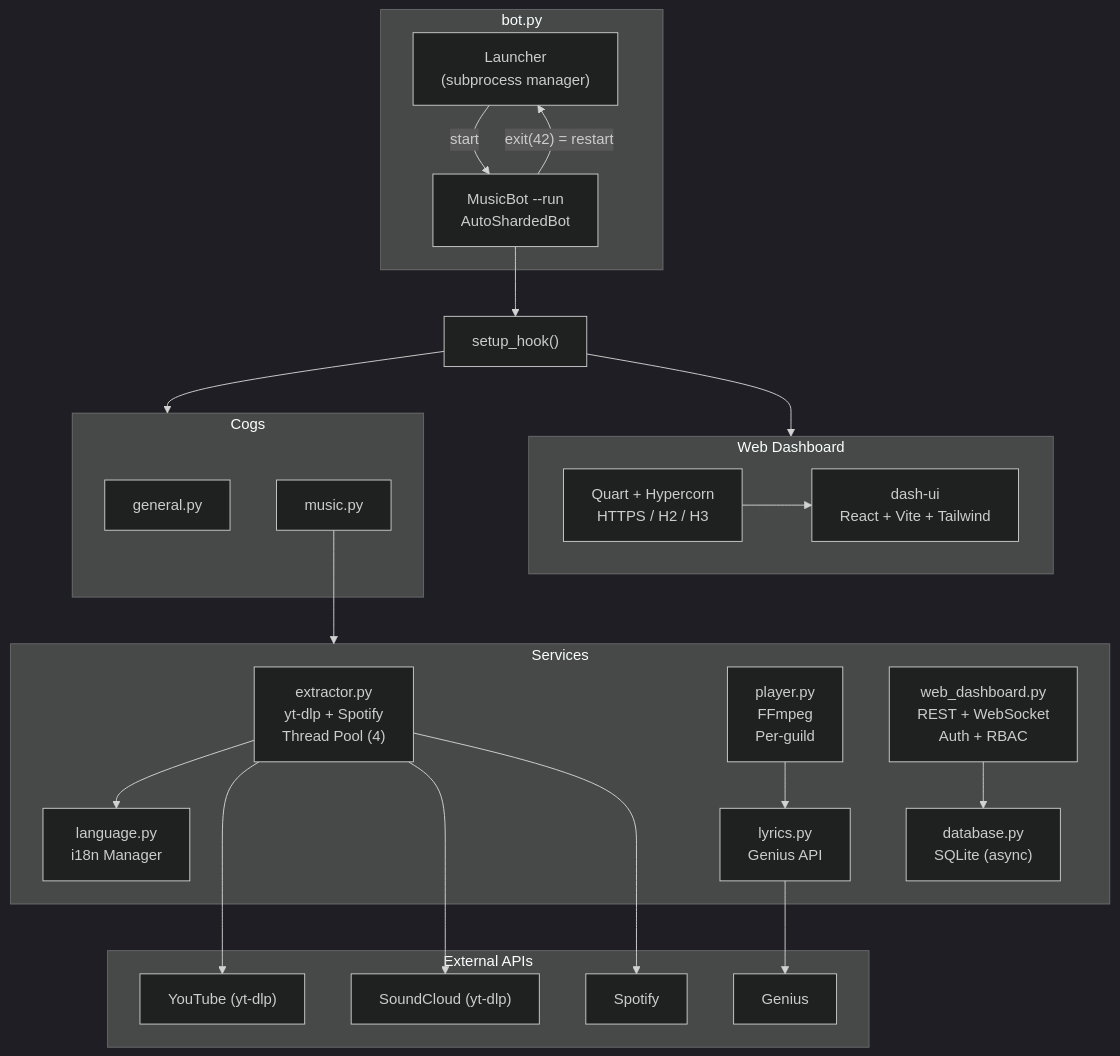
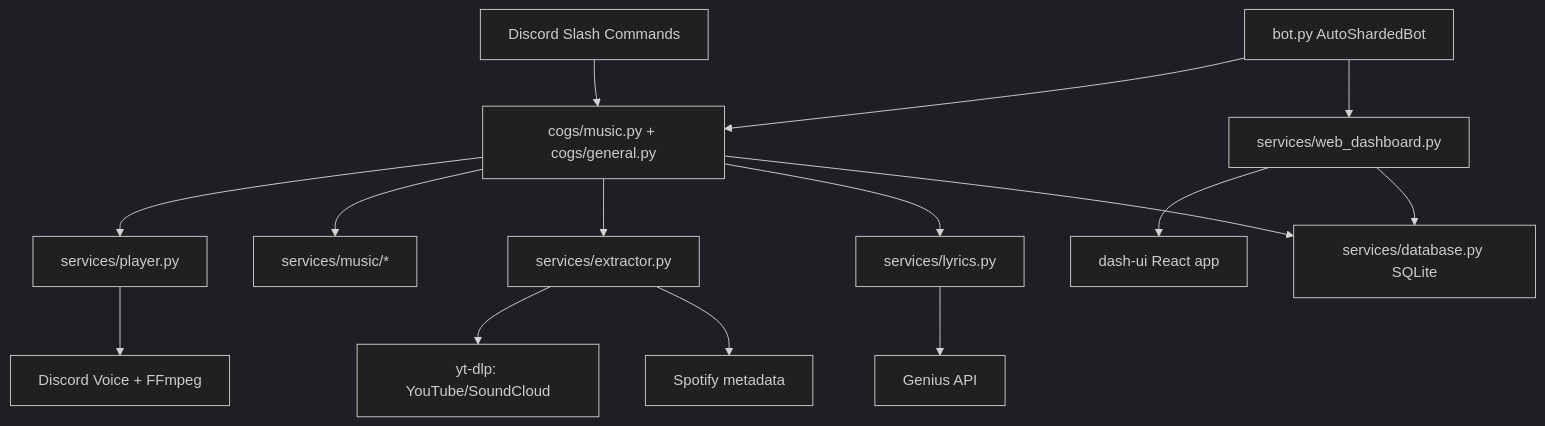
The diagram in README.md (Marton252/MusicBot), drawn with Mermaid (dark theme) before and after one commit. The commit also changed other lines of this file, not shown here.

````diff
--- a/README.md
+++ b/README.md
@@ -101,52 +154,19 @@
 ```mermaid
-graph TD
-    subgraph BOT["bot.py"]
-        LAUNCHER["Launcher<br/>(subprocess manager)"]
-        MUSICBOT["MusicBot --run<br/>AutoShardedBot"]
-        LAUNCHER -- "start" --> MUSICBOT
-        MUSICBOT -- "exit(42) = restart" --> LAUNCHER
-    end
+flowchart TD
+    Discord["Discord Slash Commands"] --> Cogs["cogs/music.py + cogs/general.py"]
+    Cogs --> Player["services/player.py"]
+    Cogs --> MusicDomain["services/music/*"]
+    Cogs --> Extractor["services/extractor.py"]
+    Cogs --> Lyrics["services/lyrics.py"]
 
-    MUSICBOT --> SETUP["setup_hook()"]
+    Player --> Voice["Discord Voice + FFmpeg"]
+    Extractor --> Media["yt-dlp: YouTube/SoundCloud"]
+    Extractor --> Spotify["Spotify metadata"]
+    Lyrics --> Genius["Genius API"]
 
-    subgraph COGS["Cogs"]
-        GENERAL["general.py"]
-        MUSIC["music.py"]
-    end
-
-    subgraph DASHBOARD["Web Dashboard"]
-        QUART["Quart + Hypercorn<br/>HTTPS / H2 / H3"]
-        DASHUI["dash-ui<br/>React + Vite + Tailwind"]
-        QUART --> DASHUI
-    end
-
-    SETUP --> COGS
-    SETUP --> DASHBOARD
-
-    subgraph SERVICES["Services"]
-        EXTRACTOR["extractor.py<br/>yt-dlp + Spotify<br/>Thread Pool (4)"]
-        PLAYER["player.py<br/>FFmpeg<br/>Per-guild"]
-        WEBDASH["web_dashboard.py<br/>REST + WebSocket<br/>Auth + RBAC"]
-        LANG["language.py<br/>i18n Manager"]
-        LYRICS["lyrics.py<br/>Genius API"]
-        DB["database.py<br/>SQLite (async)"]
-
-        EXTRACTOR --> LANG
-        PLAYER --> LYRICS
-        WEBDASH --> DB
-    end
-
-    MUSIC --> SERVICES
-
-    subgraph APIS["External APIs"]
-        YT["YouTube (yt-dlp)"]
-        SC["SoundCloud (yt-dlp)"]
-        SP["Spotify"]
-        GN["Genius"]
-    end
-
-    EXTRACTOR --> YT
-    EXTRACTOR --> SC
-    EXTRACTOR --> SP
-    LYRICS --> GN
+    Bot["bot.py AutoShardedBot"] --> Cogs
+    Bot --> Dashboard["services/web_dashboard.py"]
+    Dashboard --> UI["dash-ui React app"]
+    Dashboard --> DB["services/database.py SQLite"]
+    Cogs --> DB
 ```
````
